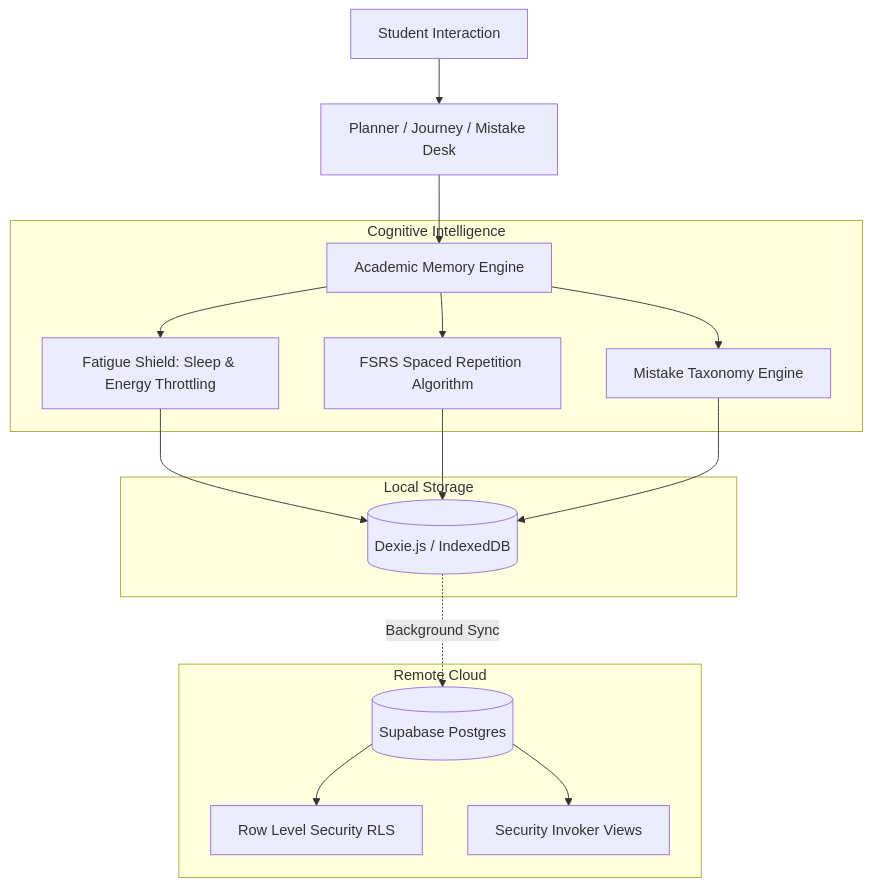
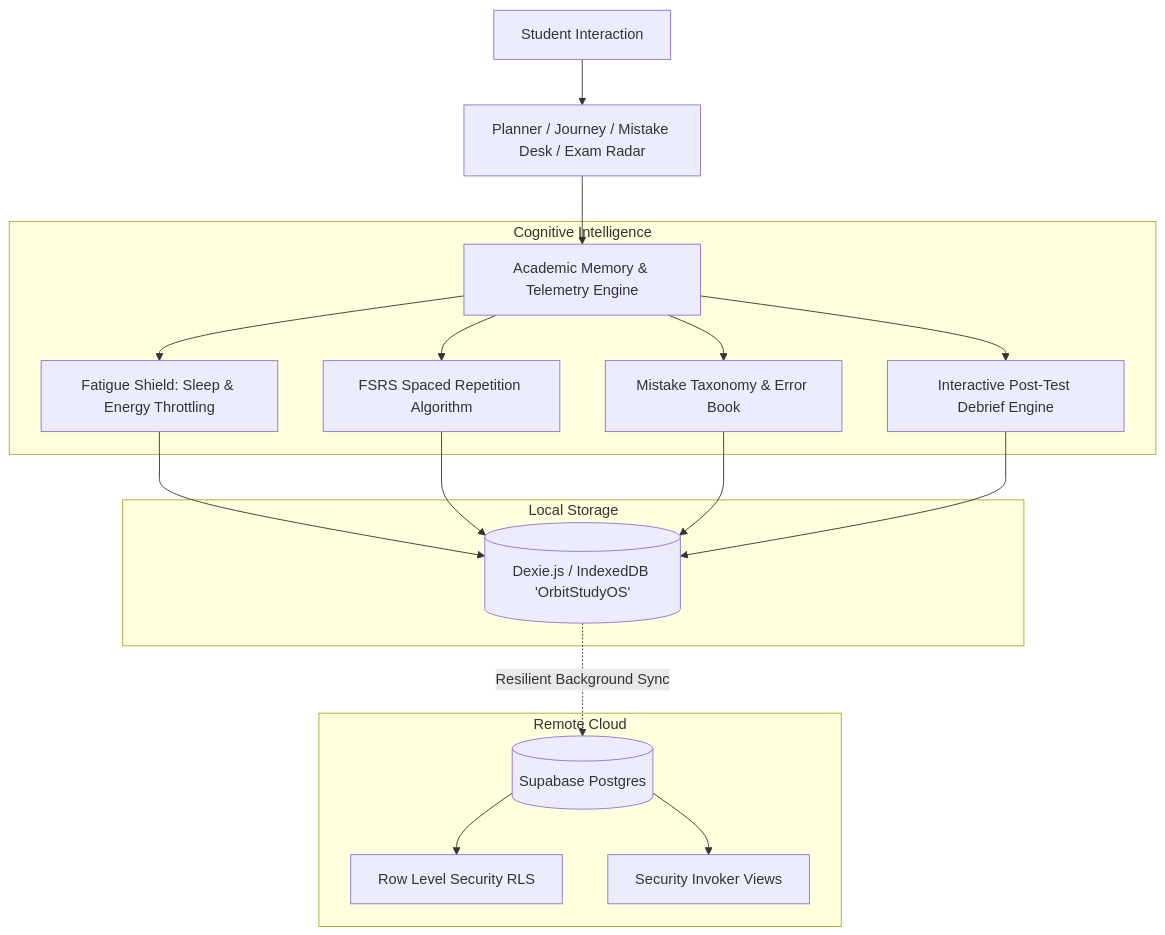
One commit to sky4infy/Orbit-web changed the diagram in README.md. Above: the diagram before and after it, drawn with Mermaid. The commit also changed other lines of this file, not shown here.

Commit message:
docs: refresh README with post-test debrief engine, telemetry, and universal sync architecture

````diff
--- a/README.md
+++ b/README.md
@@ -52,23 +53,25 @@
 ```mermaid
 graph TD
-    A[Student Interaction] --> B[Planner / Journey / Mistake Desk]
-    B --> C[Academic Memory Engine]
+    A[Student Interaction] --> B[Planner / Journey / Mistake Desk / Exam Radar]
+    B --> C[Academic Memory & Telemetry Engine]
     
     subgraph Cognitive Intelligence
         C --> D[Fatigue Shield: Sleep & Energy Throttling]
         C --> E[FSRS Spaced Repetition Algorithm]
-        C --> F[Mistake Taxonomy Engine]
+        C --> F[Mistake Taxonomy & Error Book]
+        C --> G[Interactive Post-Test Debrief Engine]
     end
     
     subgraph Local Storage
-        D --> G[(Dexie.js / IndexedDB)]
-        E --> G
-        F --> G
+        D --> H[(Dexie.js / IndexedDB 'OrbitStudyOS')]
+        E --> H
+        F --> H
+        G --> H
     end
 
     subgraph Remote Cloud
-        G -.->|Background Sync| H[(Supabase Postgres)]
-        H --> I[Row Level Security RLS]
-        H --> J[Security Invoker Views]
+        H -.->|Resilient Background Sync| I[(Supabase Postgres)]
+        I --> J[Row Level Security RLS]
+        I --> K[Security Invoker Views]
     end
 ```
````
